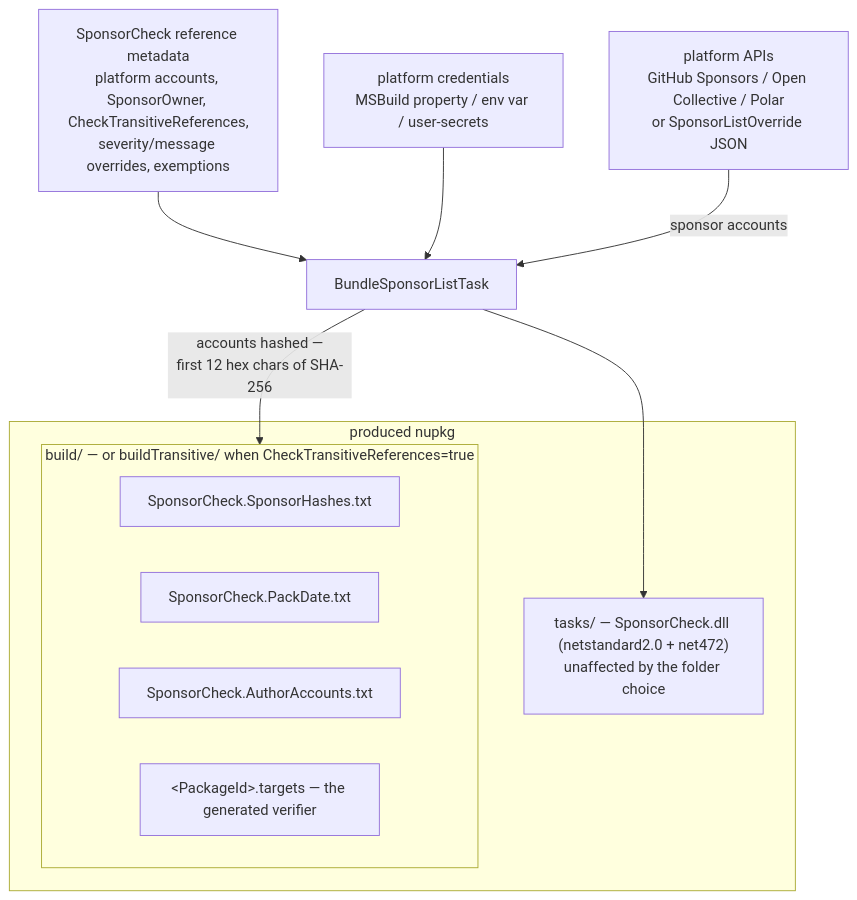
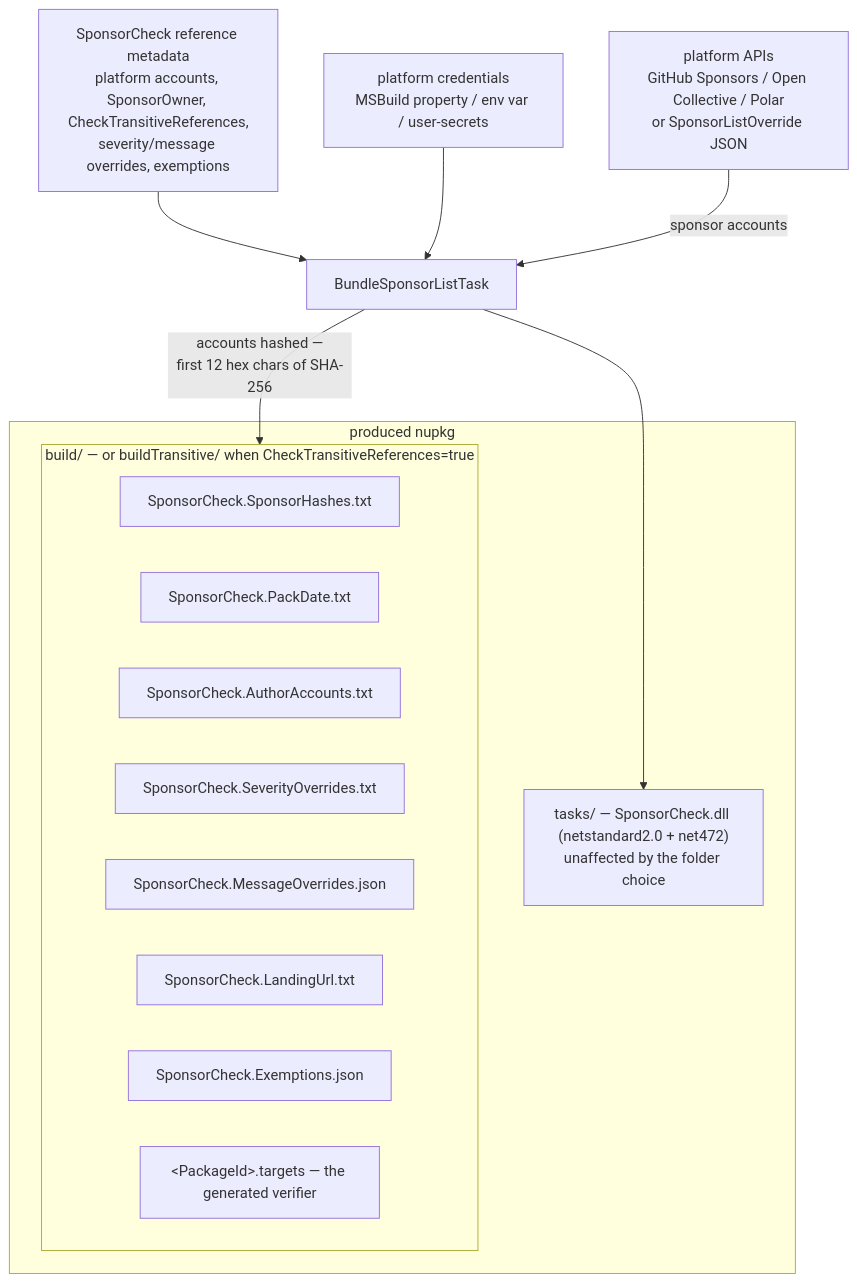
The diagram in docs/AuthorSetup.md (SimonCropp/SponsorCheck), drawn with Mermaid before and after one commit. The commit also changed other lines of this file and 112 other files, not shown here.

````diff
--- a/docs/AuthorSetup.md
+++ b/docs/AuthorSetup.md
@@ -334,17 +334,21 @@
 ```mermaid
 flowchart TD
     Metadata["SponsorCheck reference metadata<br/>platform accounts, SponsorOwner, CheckTransitiveReferences,<br/>severity/message overrides, exemptions"] --> Bundler[BundleSponsorListTask]
     Credentials["platform credentials<br/>MSBuild property / env var / user-secrets"] --> Bundler
     Platforms["platform APIs<br/>GitHub Sponsors / Open Collective / Polar<br/>or SponsorListOverride JSON"] -->|sponsor accounts| Bundler
     Bundler -->|"accounts hashed —<br/>first 12 hex chars of SHA-256"| Folder
     Bundler --> TaskDll
     subgraph Nupkg["produced nupkg"]
         subgraph Folder["build/ — or buildTransitive/ when CheckTransitiveReferences=true"]
             Hashes["SponsorCheck.SponsorHashes.txt"]
             PackDate["SponsorCheck.PackDate.txt"]
             Accounts["SponsorCheck.AuthorAccounts.txt"]
+            Severities["SponsorCheck.SeverityOverrides.txt"]
+            Messages["SponsorCheck.MessageOverrides.json"]
+            Landing["SponsorCheck.LandingUrl.txt"]
+            Exemptions["SponsorCheck.Exemptions.json"]
             Targets["&lt;PackageId&gt;.targets — the generated verifier"]
         end
         TaskDll["tasks/ — SponsorCheck.dll (netstandard2.0 + net472)<br/>unaffected by the folder choice"]
     end
 ```
````
